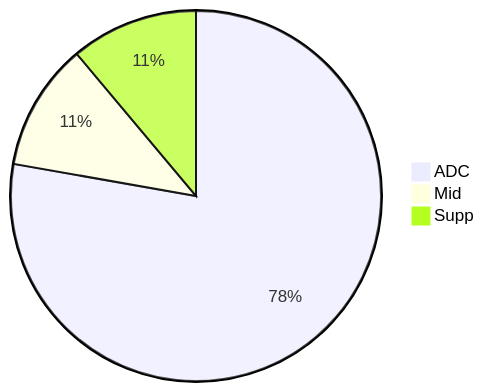
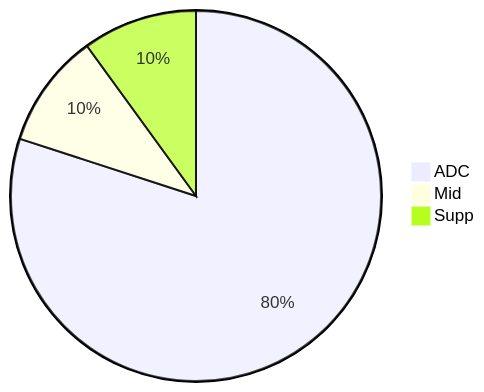
Before and after one commit to flowinho/zensical-website: the first of 5 diagrams in docs/gaming/wild-rift.md, drawn with Mermaid. The commit also changed other lines of this file, not shown here.

````diff
--- a/docs/gaming/wild-rift.md
+++ b/docs/gaming/wild-rift.md
@@ -56,6 +56,6 @@
 ```mermaid
 pie 
-    "ADC" : 7
+    "ADC" : 8
     "Mid" : 1
     "Supp" : 1
 ```
````
